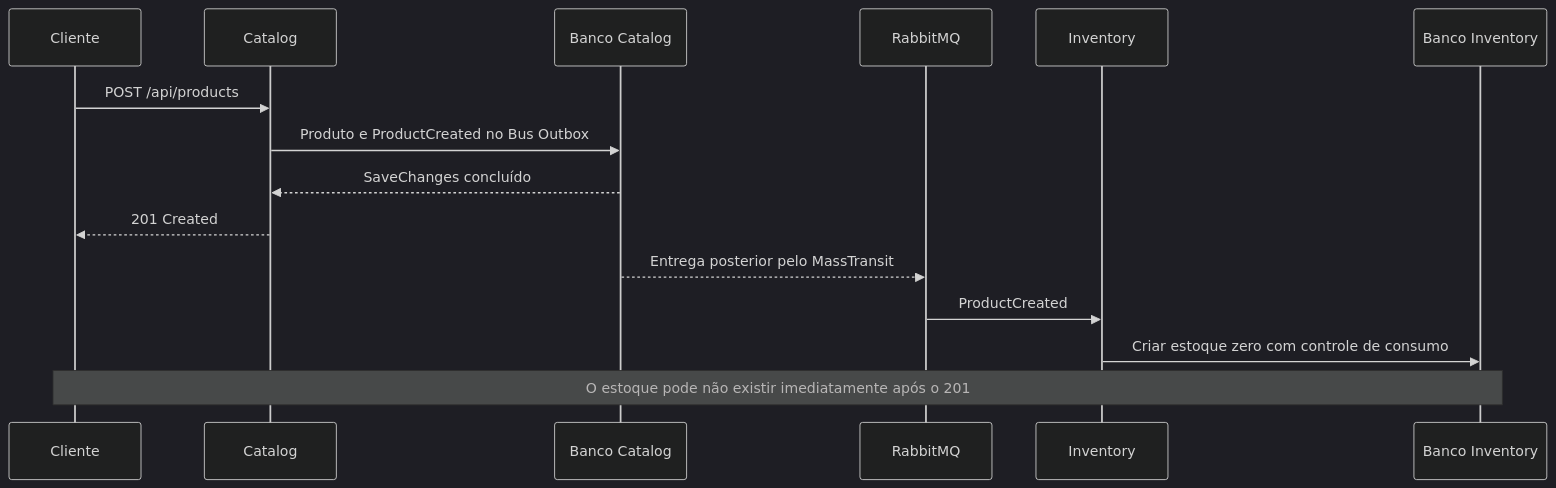
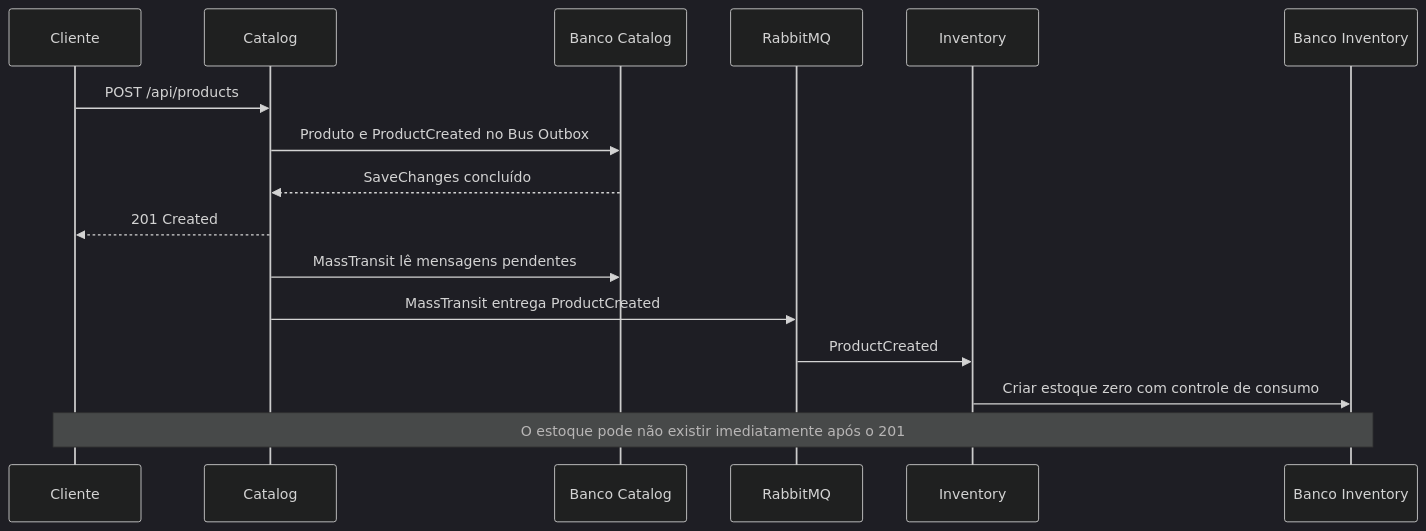
The second of 3 diagrams in docs/ARCHITECTURE.md (Matheus2306/orbis-commerce), drawn with Mermaid (dark theme) before and after one commit. The commit also changed other lines of this file and 12 other files, not shown here.

````diff
--- a/docs/ARCHITECTURE.md
+++ b/docs/ARCHITECTURE.md
@@ -67,17 +67,18 @@
 ```mermaid
 sequenceDiagram
     participant Client as Cliente
     participant Catalog as Catalog
     participant CDB as Banco Catalog
     participant MQ as RabbitMQ
     participant Inventory as Inventory
     participant IDB as Banco Inventory
     Client->>Catalog: POST /api/products
     Catalog->>CDB: Produto e ProductCreated no Bus Outbox
     CDB-->>Catalog: SaveChanges concluído
     Catalog-->>Client: 201 Created
-    CDB-->>MQ: Entrega posterior pelo MassTransit
+    Catalog->>CDB: MassTransit lê mensagens pendentes
+    Catalog->>MQ: MassTransit entrega ProductCreated
     MQ->>Inventory: ProductCreated
     Inventory->>IDB: Criar estoque zero com controle de consumo
     Note over Client,IDB: O estoque pode não existir imediatamente após o 201
 ```
````
